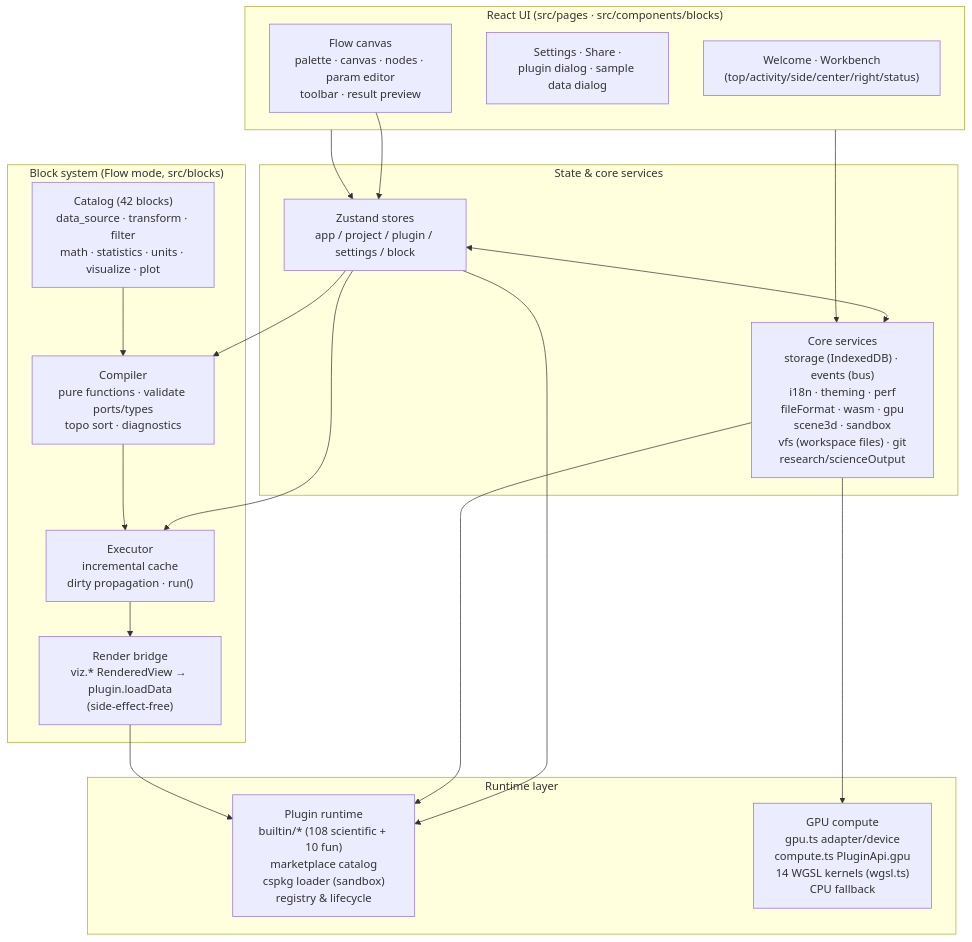
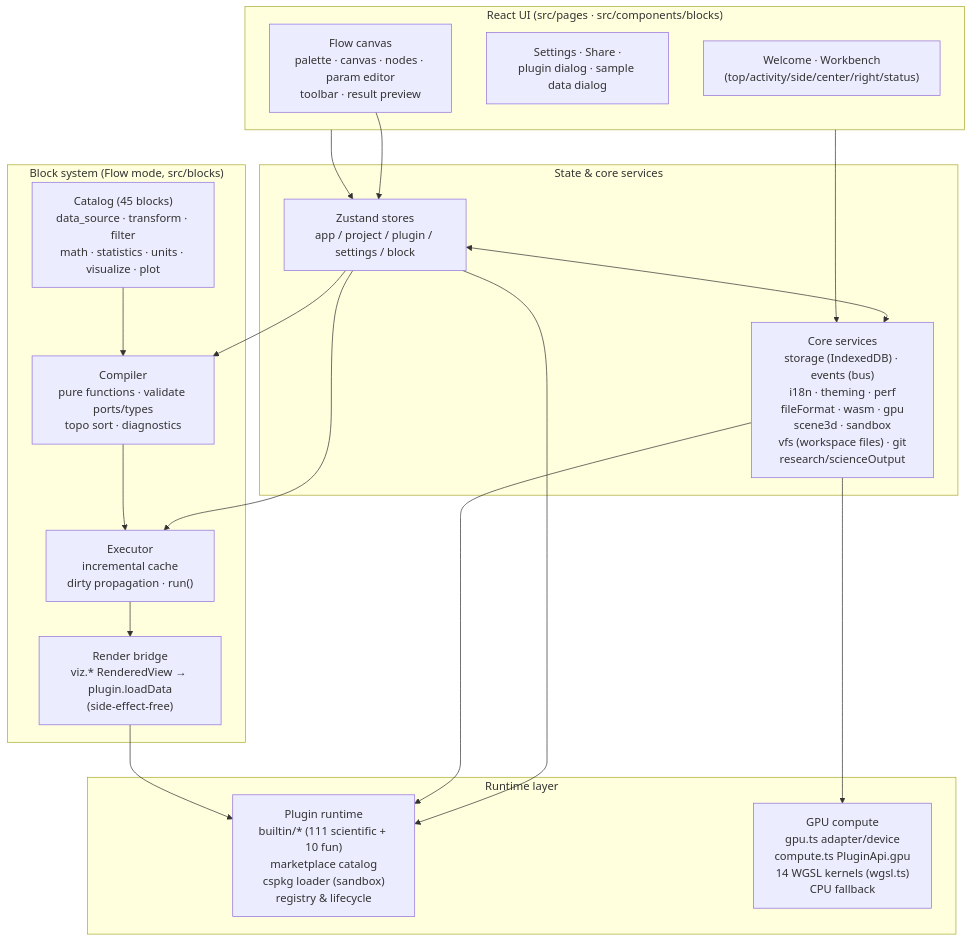
Before and after one commit to SnowLeopard-io/ErgalicsStudio: the diagram in README.md, drawn with Mermaid. The commit also changed other lines of this file and 33 other files, not shown here.

````diff
--- a/README.md
+++ b/README.md
@@ -192,39 +192,39 @@
 ```mermaid
 flowchart TB
     subgraph UI["React UI (src/pages · src/components/blocks)"]
         A1["Welcome · Workbench<br/>(top/activity/side/center/right/status)"]
         A2["Settings · Share ·<br/>plugin dialog · sample data dialog"]
         A3["Flow canvas<br/>palette · canvas · nodes · param editor<br/>toolbar · result preview"]
     end
 
     subgraph State["State & core services"]
         B1["Zustand stores<br/>app / project / plugin / settings / block"]
         B2["Core services<br/>storage (IndexedDB) · events (bus)<br/>i18n · theming · perf<br/>fileFormat · wasm · gpu<br/>scene3d · sandbox<br/>vfs (workspace files) · git<br/>research/scienceOutput"]
     end
 
     subgraph Blocks["Block system (Flow mode, src/blocks)"]
-        D1["Catalog (42 blocks)<br/>data_source · transform · filter<br/>math · statistics · units · visualize · plot"]
+        D1["Catalog (45 blocks)<br/>data_source · transform · filter<br/>math · statistics · units · visualize · plot"]
         D2["Compiler<br/>pure functions · validate ports/types<br/>topo sort · diagnostics"]
         D3["Executor<br/>incremental cache<br/>dirty propagation · run()"]
         D4["Render bridge<br/>viz.* RenderedView → plugin.loadData<br/>(side-effect-free)"]
     end
 
     subgraph Runtime["Runtime layer"]
-        C1["Plugin runtime<br/>builtin/* (108 scientific + 10 fun)<br/>marketplace catalog<br/>cspkg loader (sandbox)<br/>registry & lifecycle"]
+        C1["Plugin runtime<br/>builtin/* (111 scientific + 10 fun)<br/>marketplace catalog<br/>cspkg loader (sandbox)<br/>registry & lifecycle"]
         C2["GPU compute<br/>gpu.ts adapter/device<br/>compute.ts PluginApi.gpu<br/>14 WGSL kernels (wgsl.ts)<br/>CPU fallback"]
     end
 
     UI --> B1
     UI --> B2
     B1 <--> B2
     B1 --> C1
     B2 --> C1
     B2 --> C2
     A3 --> B1
     B1 --> D2
     B1 --> D3
     D2 --> D3
     D1 --> D2
     D3 --> D4
     D4 --> C1
 ```
````
